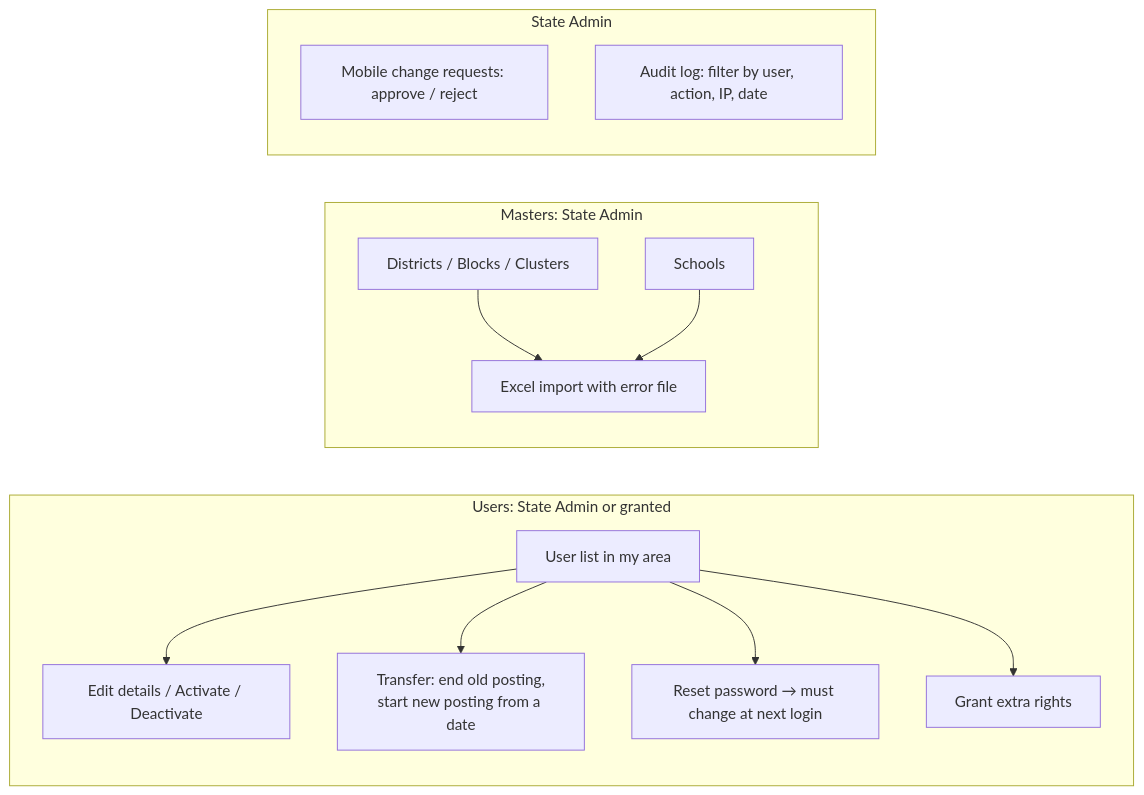
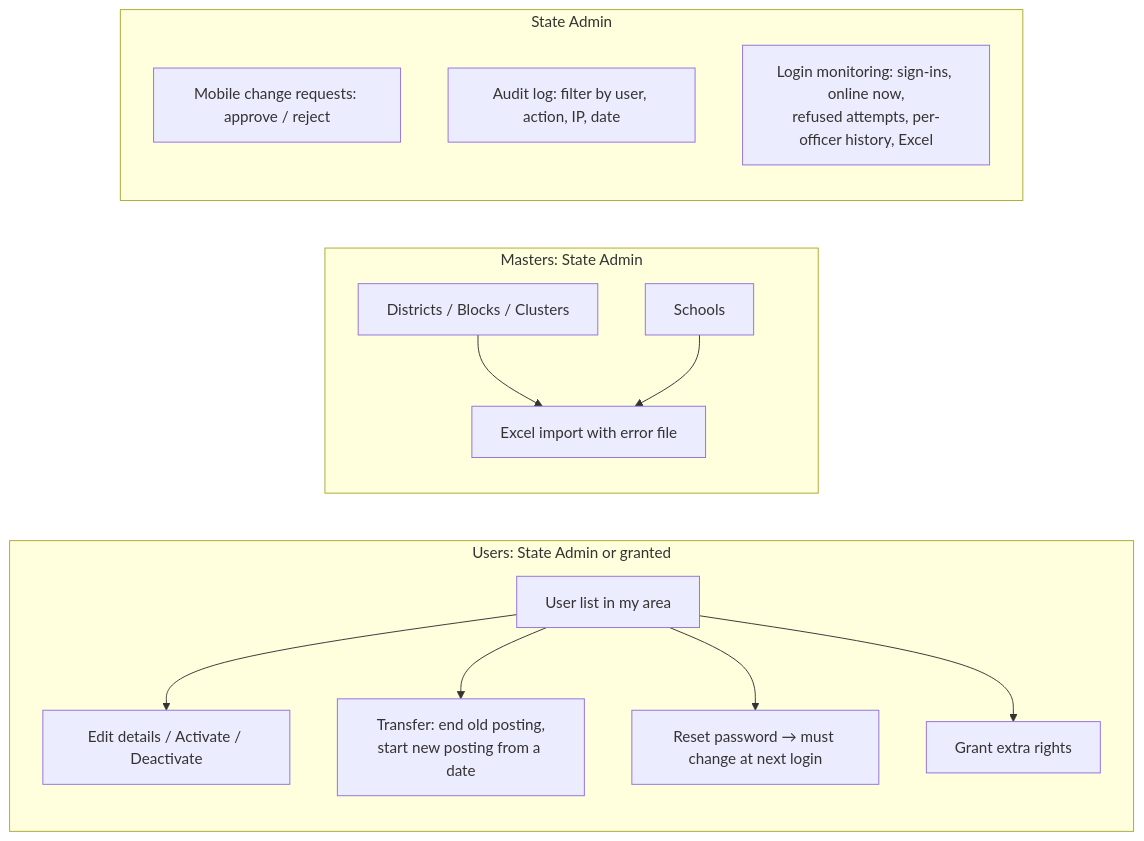
One commit to nathgunajit/school_inspection changed the ninth of 14 diagrams in PROJECT_DOCUMENT.md. Above: the diagram before and after it, drawn with Mermaid. The commit also changed other lines of this file and 17 other files, not shown here.

First line of the commit message:
V6 Module 6: login user monitoring report for the State Administrator

````diff
--- a/PROJECT_DOCUMENT.md
+++ b/PROJECT_DOCUMENT.md
@@ -243,17 +243,18 @@
 ```mermaid
 flowchart LR
     subgraph Users [Users: State Admin or granted]
       U1[User list in my area] --> U2[Edit details / Activate / Deactivate]
       U1 --> U3[Transfer: end old posting,<br/>start new posting from a date]
       U1 --> U4[Reset password → must change at next login]
       U1 --> U5[Grant extra rights]
     end
     subgraph Masters [Masters: State Admin]
       M1[Districts / Blocks / Clusters] --> M3[Excel import with error file]
       M2[Schools] --> M3
     end
     subgraph Other [State Admin]
       O1[Mobile change requests: approve / reject]
       O2[Audit log: filter by user, action, IP, date]
+      O3[Login monitoring: sign-ins, online now,<br/>refused attempts, per-officer history, Excel]
     end
 ```
````
